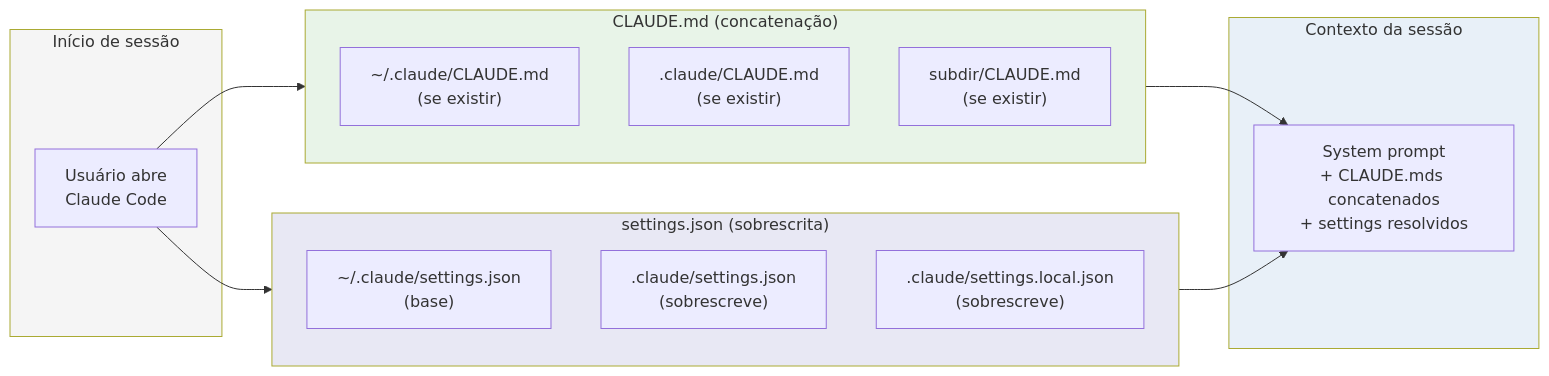
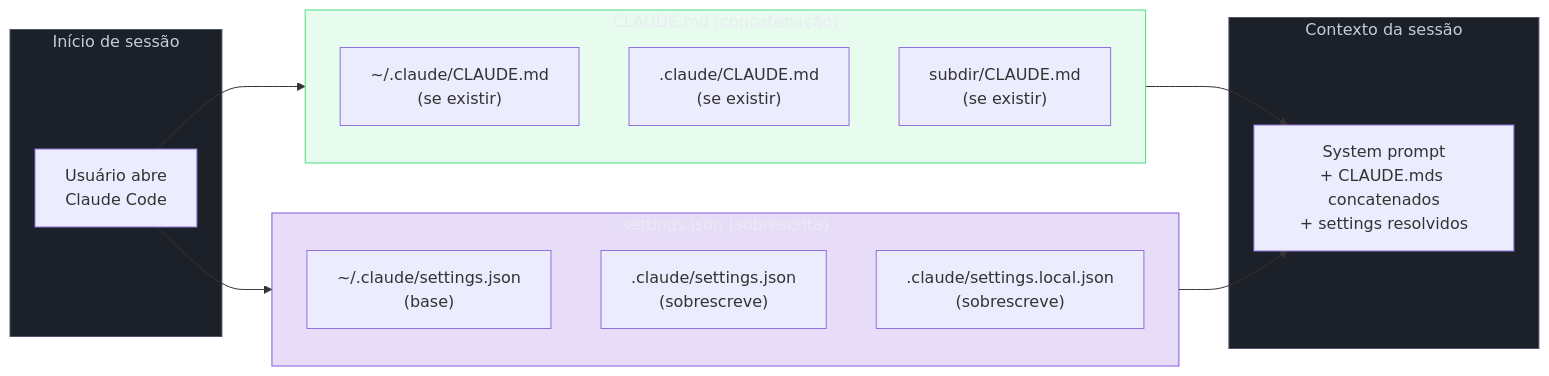
The second of 2 diagrams in 03-Dominios/Tecnologia/IA/Claude Code/Configuração/01 - Hierarquia de configuração.md (josenaldo/codex-technomanticus), drawn with Mermaid before and after one commit. The commit also changed other lines of this file and 1181 other files, not shown here.

First line of the commit message:
fix(diagramas): paleta do sistema no lugar de cor cravada no markdown

````diff
--- a/03-Dominios/Tecnologia/IA/Claude Code/Configuração/01 - Hierarquia de configuração.md
+++ b/03-Dominios/Tecnologia/IA/Claude Code/Configuração/01 - Hierarquia de configuração.md
@@ -257,32 +261,35 @@
 ```mermaid
 flowchart LR
+    classDef neutro fill:#1B2029,stroke:#4E5666,color:#C6CCD8
+    classDef ok fill:#4ADE8021,stroke:#4ADE80,color:#E9ECF2
+    classDef marca fill:#8855DF33,stroke:#8855DF,color:#E9ECF2
     subgraph Entrada["Início de sessão"]
         U["Usuário abre\nClaude Code"]
     end
 
     subgraph CLAUDE_mds["CLAUDE.md (concatenação)"]
         G1["~/.claude/CLAUDE.md\n(se existir)"]
         P1[".claude/CLAUDE.md\n(se existir)"]
         S1["subdir/CLAUDE.md\n(se existir)"]
     end
 
     subgraph Settings["settings.json (sobrescrita)"]
         G2["~/.claude/settings.json\n(base)"]
         P2[".claude/settings.json\n(sobrescreve)"]
         L2[".claude/settings.local.json\n(sobrescreve)"]
     end
 
     subgraph Resultado["Contexto da sessão"]
         CTX["System prompt\n+ CLAUDE.mds concatenados\n+ settings resolvidos"]
     end
 
     U --> CLAUDE_mds
     U --> Settings
     CLAUDE_mds --> CTX
     Settings --> CTX
 
-    style Entrada fill:#f5f5f5
-    style CLAUDE_mds fill:#e8f4e8
-    style Settings fill:#e8e8f4
-    style Resultado fill:#e8f0f8
+    class Entrada neutro
+    class CLAUDE_mds ok
+    class Settings marca
+    class Resultado neutro
 ```
````
